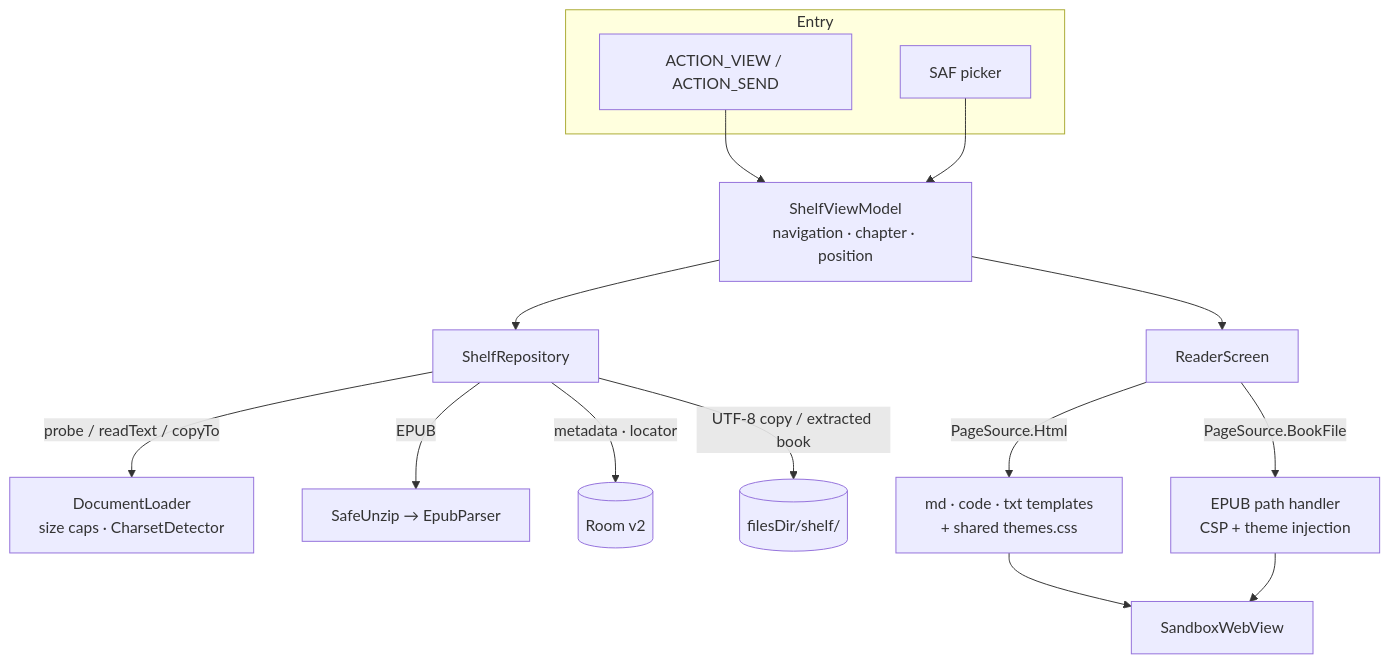
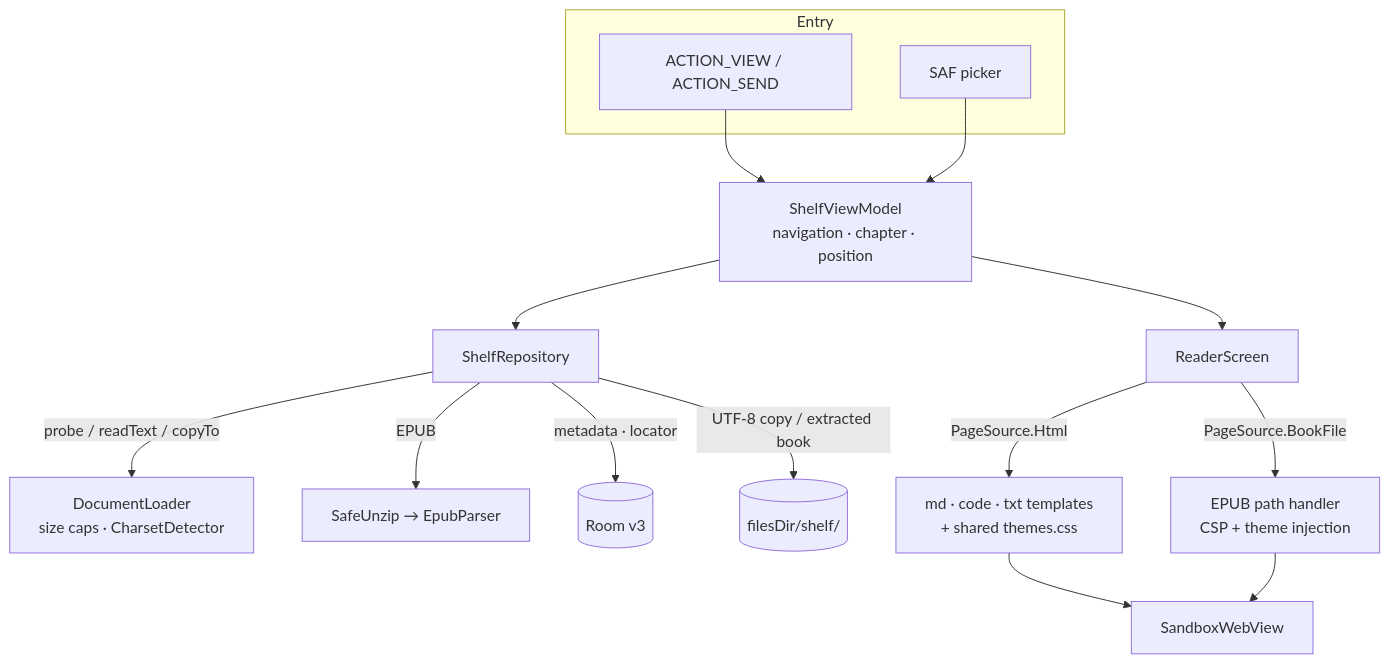
The diagram in README.md (Zer0Rin/yhviewer), drawn with Mermaid before and after one commit. The commit also changed other lines of this file and 9 other files, not shown here.

````diff
--- a/README.md
+++ b/README.md
@@ -77,19 +96,19 @@
 ```mermaid
 flowchart TB
     subgraph Entry
         Intent["ACTION_VIEW / ACTION_SEND"]
         Picker["SAF picker"]
     end
     Intent --> VM
     Picker --> VM
     VM["ShelfViewModel<br/>navigation · chapter · position"] --> Repo["ShelfRepository"]
     Repo -->|"probe / readText / copyTo"| Loader["DocumentLoader<br/>size caps · CharsetDetector"]
     Repo -->|"EPUB"| Epub["SafeUnzip → EpubParser"]
-    Repo -->|"metadata · locator"| Room[("Room v2")]
+    Repo -->|"metadata · locator"| Room[("Room v3")]
     Repo -->|"UTF-8 copy / extracted book"| Files[("filesDir/shelf/")]
     VM --> Reader["ReaderScreen"]
     Reader -->|"PageSource.Html"| Templates["md · code · txt templates<br/>+ shared themes.css"]
     Reader -->|"PageSource.BookFile"| BookHandler["EPUB path handler<br/>CSP + theme injection"]
     Templates --> Sandbox["SandboxWebView"]
     BookHandler --> Sandbox
 ```
````
